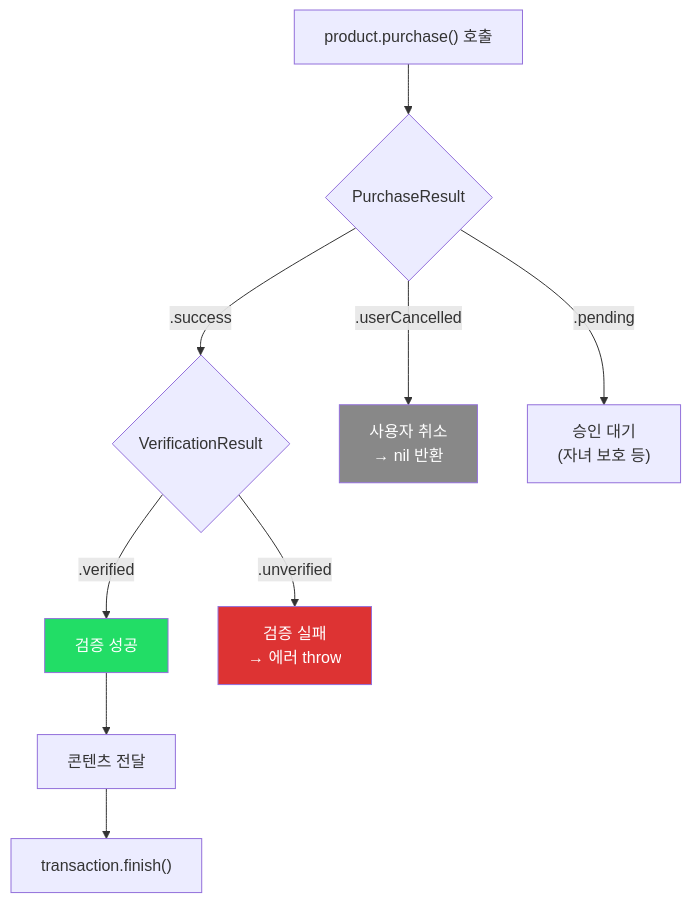
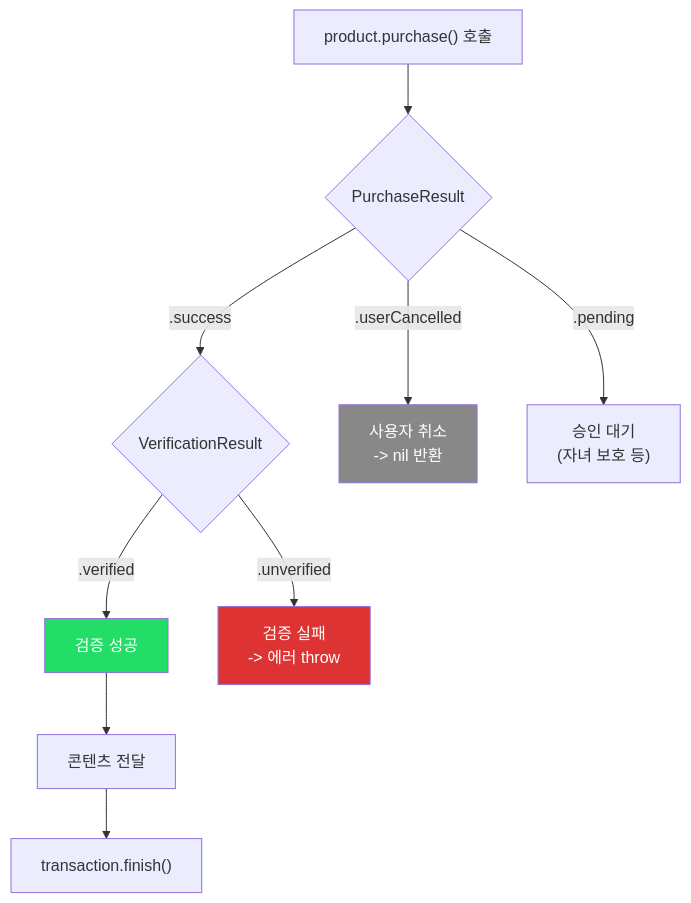
Before and after one commit to jsonpassion/forge-tutorial-swift: the second of 4 diagrams in 15-app-extensions/04-storekit.md, drawn with Mermaid. The commit also changed other lines of this file and 69 other files, not shown here.

````diff
--- a/15-app-extensions/04-storekit.md
+++ b/15-app-extensions/04-storekit.md
@@ -53,14 +53,14 @@
 ```mermaid
 flowchart TD
     A["product.purchase() 호출"] --> B{"PurchaseResult"}
     B -->|".success"| C{"VerificationResult"}
-    B -->|".userCancelled"| D["사용자 취소\n→ nil 반환"]
-    B -->|".pending"| E["승인 대기\n(자녀 보호 등)"]
+    B -->|".userCancelled"| D["사용자 취소<br/>-> nil 반환"]
+    B -->|".pending"| E["승인 대기<br/>(자녀 보호 등)"]
     C -->|".verified"| F["검증 성공"]
-    C -->|".unverified"| G["검증 실패\n→ 에러 throw"]
+    C -->|".unverified"| G["검증 실패<br/>-> 에러 throw"]
     F --> H["콘텐츠 전달"]
     H --> I["transaction.finish()"]
     style F fill:#2d6,color:#fff
     style G fill:#d33,color:#fff
     style D fill:#888,color:#fff
 ```
````
